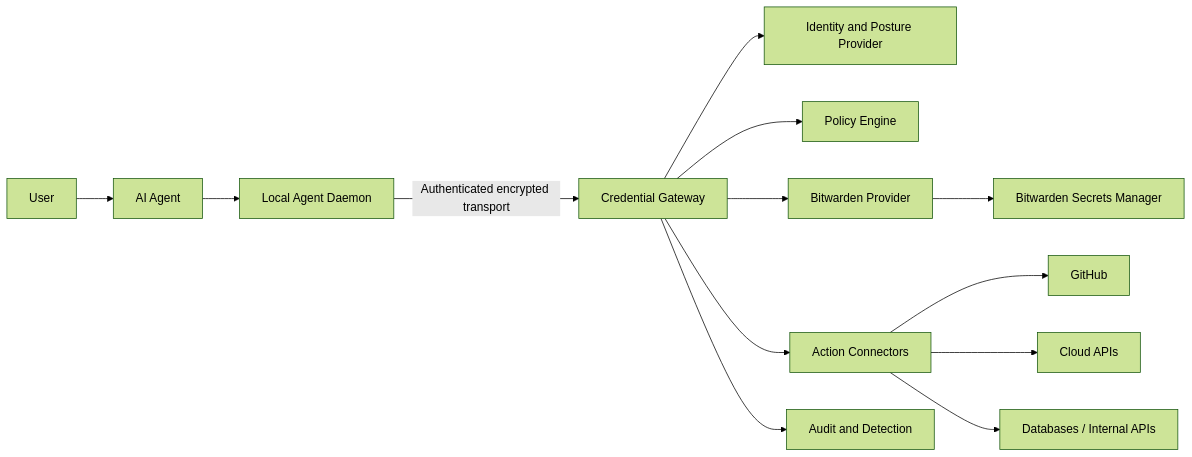
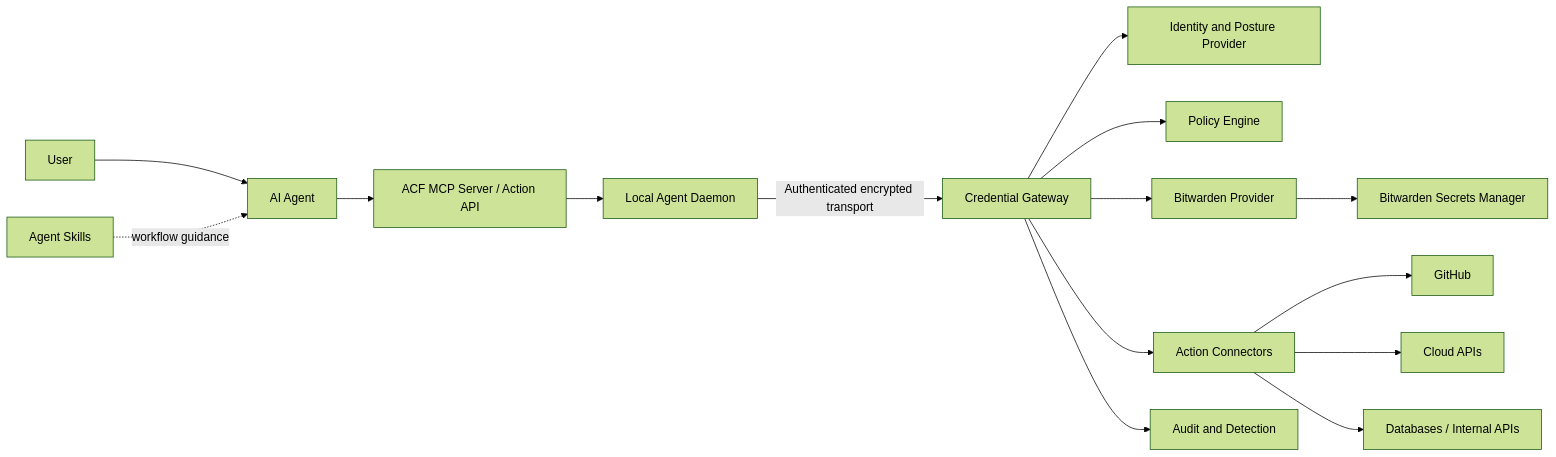
The first of 2 diagrams in docs/design.md (carloscn/agent-credential-firewall), drawn with Mermaid (forest theme) before and after one commit. The commit also changed other lines of this file and 1 other file, not shown here.

Commit message:
docs: add agent skills and MCP architecture

````diff
--- a/docs/design.md
+++ b/docs/design.md
@@ -98,15 +98,17 @@
 ```mermaid
 flowchart LR
     U[User] --> A[AI Agent]
-    A --> D[Local Agent Daemon]
+    S[Agent Skills] -. workflow guidance .-> A
+    A --> M[ACF MCP Server / Action API]
+    M --> D[Local Agent Daemon]
     D -->|Authenticated encrypted transport| G[Credential Gateway]
     G --> I[Identity and Posture Provider]
     G --> P[Policy Engine]
     G --> B[Bitwarden Provider]
     B --> BW[Bitwarden Secrets Manager]
     G --> X[Action Connectors]
     X --> GH[GitHub]
     X --> C[Cloud APIs]
     X --> DB[Databases / Internal APIs]
     G --> E[Audit and Detection]
 ```
````
